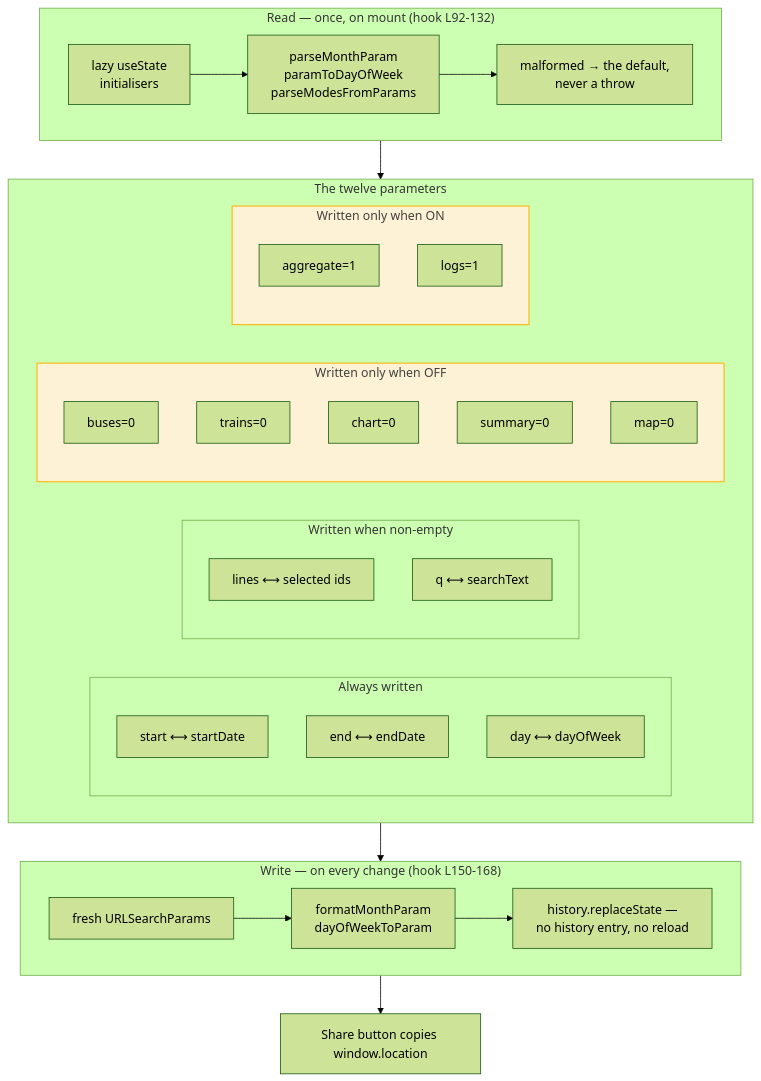
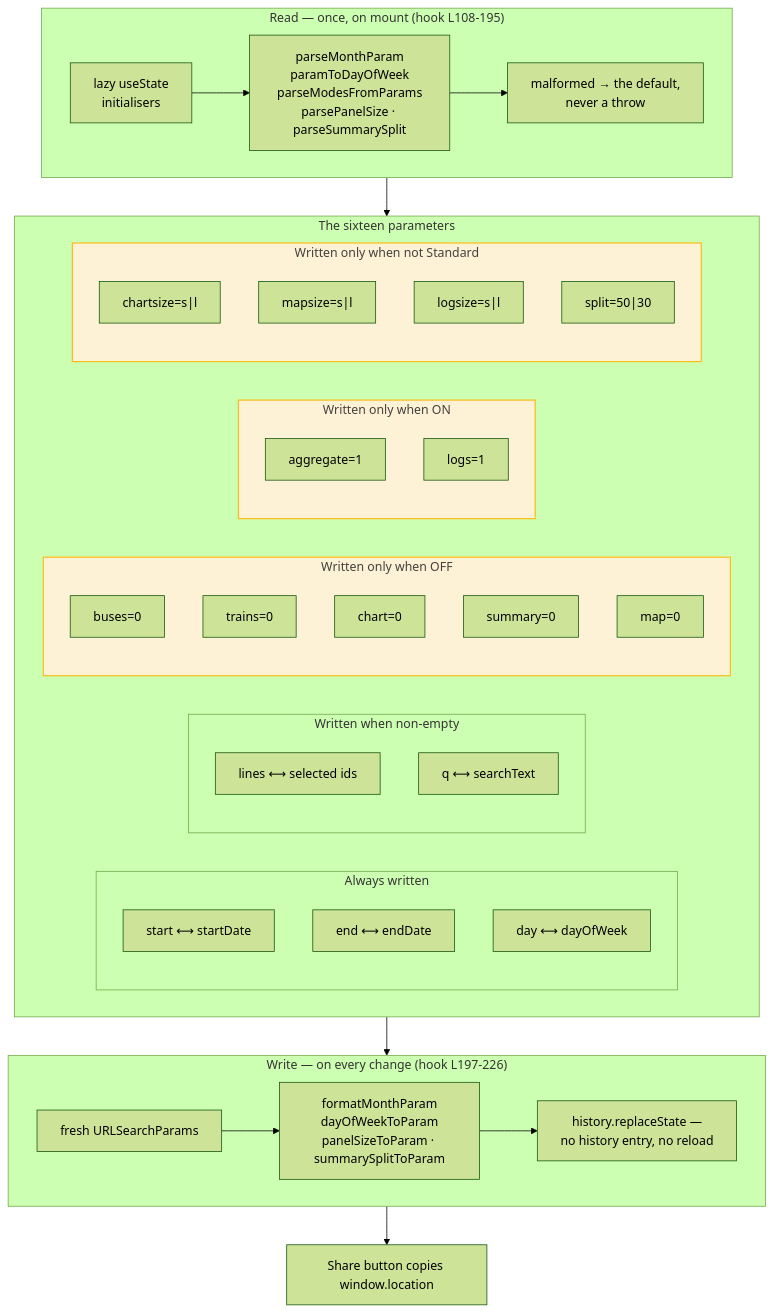
The diagram in docs/architecture/mermaid/10-url-contract.mmd (streetsforall/metro_ridership_app), drawn with Mermaid (forest theme) before and after one commit. The commit also changed 24 other files, not shown here.

```diff
--- a/docs/architecture/mermaid/10-url-contract.mmd
+++ b/docs/architecture/mermaid/10-url-contract.mmd
@@ -1,56 +1,64 @@
 flowchart TB
-  subgraph readPath["Read — once, on mount (hook L92-132)"]
+  subgraph readPath["Read — once, on mount (hook L108-195)"]
     direction LR
     lazyInit["lazy useState<br/>initialisers"]
-    parsers["parseMonthParam<br/>paramToDayOfWeek<br/>parseModesFromParams"]
+    parsers["parseMonthParam<br/>paramToDayOfWeek<br/>parseModesFromParams<br/>parsePanelSize · parseSummarySplit"]
     fallback["malformed → the default,<br/>never a throw"]
     lazyInit --> parsers --> fallback
   end
 
-  subgraph pairs["The twelve parameters"]
+  subgraph pairs["The sixteen parameters"]
     direction LR
 
     subgraph always["Always written"]
       direction TB
       p1["start ⟷ startDate"]
       p2["end ⟷ endDate"]
       p3["day ⟷ dayOfWeek"]
     end
 
     subgraph whenSet["Written when non-empty"]
       direction TB
       p4["lines ⟷ selected ids"]
       p5["q ⟷ searchText"]
     end
 
     subgraph whenOff["Written only when OFF"]
       direction TB
       p6["buses=0"]
       p7["trains=0"]
       p10["chart=0"]
       p11["summary=0"]
       p12["map=0"]
     end
 
     subgraph whenOn["Written only when ON"]
       direction TB
       p8["aggregate=1"]
       p9["logs=1"]
     end
+
+    subgraph whenResized["Written only when not Standard"]
+      direction TB
+      p13["chartsize=s|l"]
+      p14["mapsize=s|l"]
+      p15["logsize=s|l"]
+      p16["split=50|30"]
+    end
   end
 
-  subgraph writePath["Write — on every change (hook L150-168)"]
+  subgraph writePath["Write — on every change (hook L197-226)"]
     direction LR
     build["fresh URLSearchParams"]
-    formatters["formatMonthParam<br/>dayOfWeekToParam"]
+    formatters["formatMonthParam<br/>dayOfWeekToParam<br/>panelSizeToParam · summarySplitToParam"]
     replace["history.replaceState —<br/>no history entry, no reload"]
     build --> formatters --> replace
   end
 
   share["Share button copies window.location"]
 
   fallback --> pairs --> build
   replace --> share
 
   classDef pending fill:#fdf2d6,stroke:#fdb913,stroke-width:1.5px,color:#44403c
-  class whenOff,whenOn pending
+  class whenOff,whenOn,whenResized pending
```
